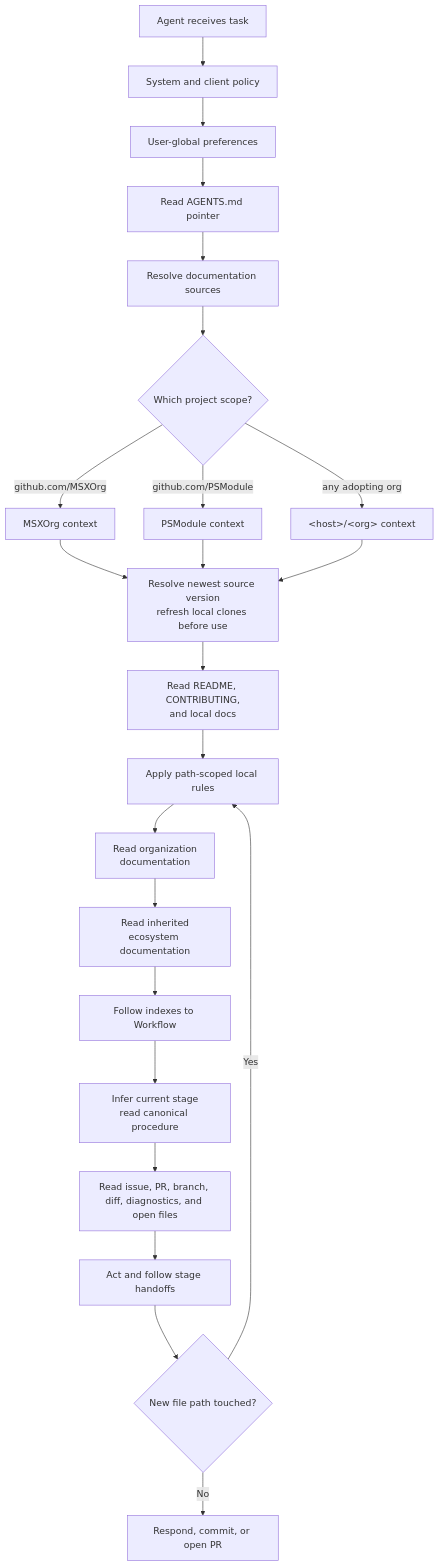
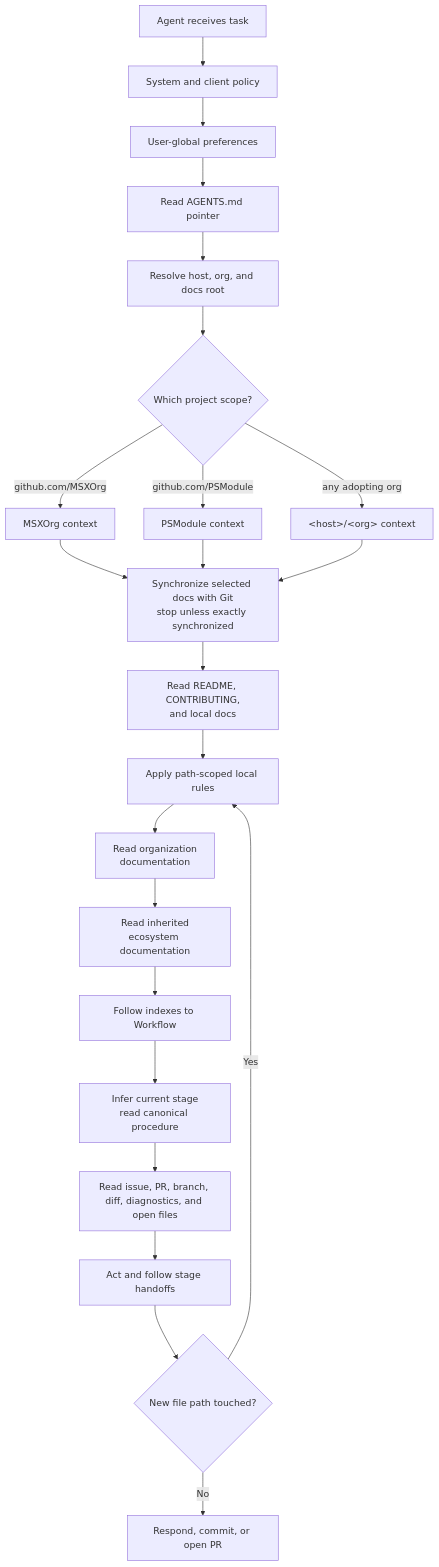
The diagram in src/docs/Capabilities/agentic-development/design.md (MSXOrg/docs), drawn with Mermaid before and after one commit. The commit also changed other lines of this file and 5 other files, not shown here.

````diff
--- a/src/docs/Capabilities/agentic-development/design.md
+++ b/src/docs/Capabilities/agentic-development/design.md
@@ -100,29 +100,29 @@
 ```mermaid
 flowchart TD
   start["Agent receives task"] --> policy["System and client policy"]
   policy --> user["User-global preferences"]
   user --> pointer["Read AGENTS.md pointer"]
-  pointer --> locate["Resolve documentation sources"]
+  pointer --> locate["Resolve host, org, and docs root"]
 
   locate --> host{"Which project scope?"}
   host -->|"github.com/MSXOrg"| msx["MSXOrg context"]
   host -->|"github.com/PSModule"| psmodule["PSModule context"]
   host -->|"any adopting org"| other["&lt;host&gt;/&lt;org&gt; context"]
 
-  msx --> refresh["Resolve newest source version<br/>refresh local clones before use"]
+  msx --> refresh["Synchronize selected docs with Git<br/>stop unless exactly synchronized"]
   psmodule --> refresh
   other --> refresh
   refresh --> repo["Read README, CONTRIBUTING,<br/>and local docs"]
   repo --> path["Apply path-scoped local rules"]
   path --> orgdocs["Read organization<br/>documentation"]
   orgdocs --> docs["Read inherited<br/>ecosystem documentation"]
   docs --> workflow["Follow indexes to Workflow"]
 
   workflow --> stage["Infer current stage<br/>read canonical procedure"]
   stage --> task["Read issue, PR, branch, diff, diagnostics, and open files"]
   task --> act["Act and follow stage handoffs"]
 
   act --> newpath{"New file path touched?"}
   newpath -->|"Yes"| path
   newpath -->|"No"| done["Respond, commit, or open PR"]
 ```
````
